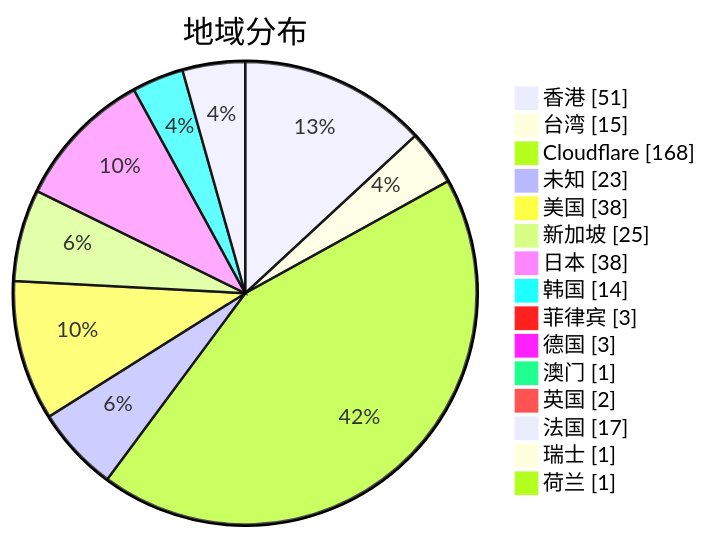
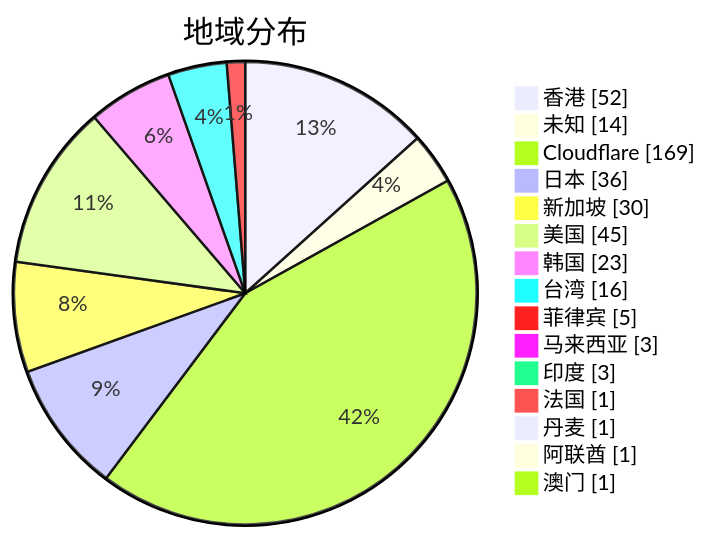
The second of 3 diagrams in subs/statistics/tested_within.md (qjlxg/airport), drawn with Mermaid before and after one commit. The commit also changed other lines of this file and 2 other files, not shown here.

Commit message:
Tested by metaST

````diff
--- a/subs/statistics/tested_within.md
+++ b/subs/statistics/tested_within.md
@@ -13,19 +13,19 @@
 ```mermaid
 pie showData
 title 地域分布
-"香港" : 51
-"台湾" : 15
-"Cloudflare" : 168
-"未知" : 23
-"美国" : 38
-"新加坡" : 25
-"日本" : 38
-"韩国" : 14
-"菲律宾" : 3
-"德国" : 3
+"香港" : 52
+"未知" : 14
+"Cloudflare" : 169
+"日本" : 36
+"新加坡" : 30
+"美国" : 45
+"韩国" : 23
+"台湾" : 16
+"菲律宾" : 5
+"马来西亚" : 3
+"印度" : 3
+"法国" : 1
+"丹麦" : 1
+"阿联酋" : 1
 "澳门" : 1
-"英国" : 2
-"法国" : 17
-"瑞士" : 1
-"荷兰" : 1
 ```
````
